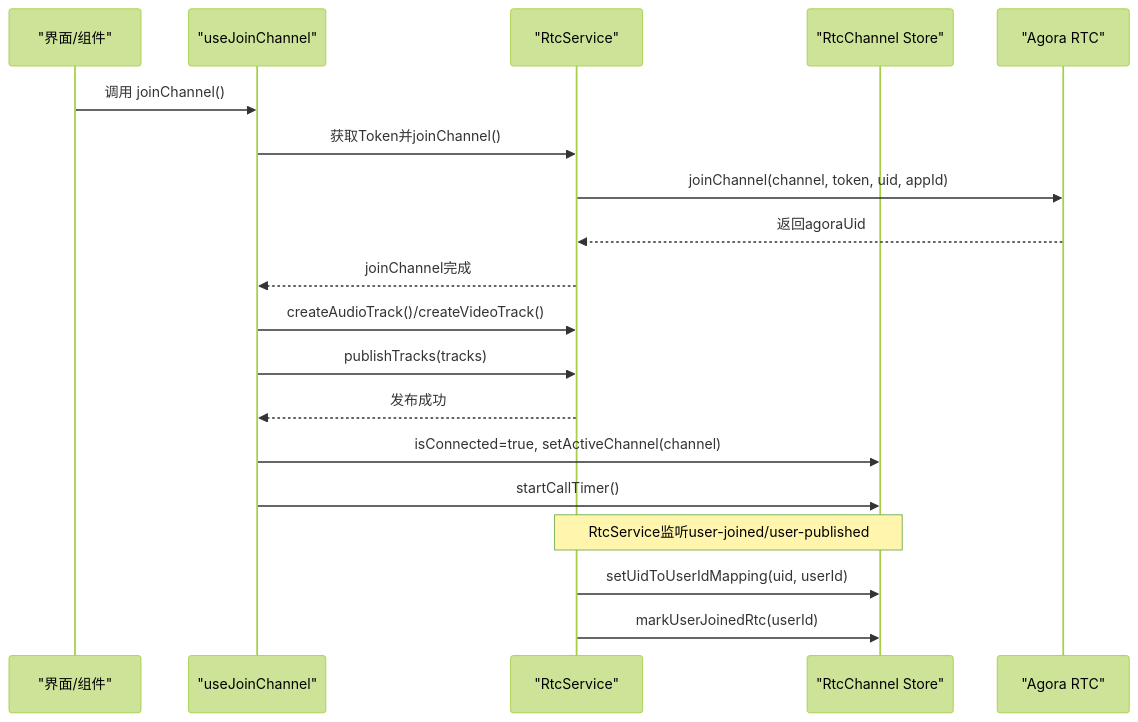
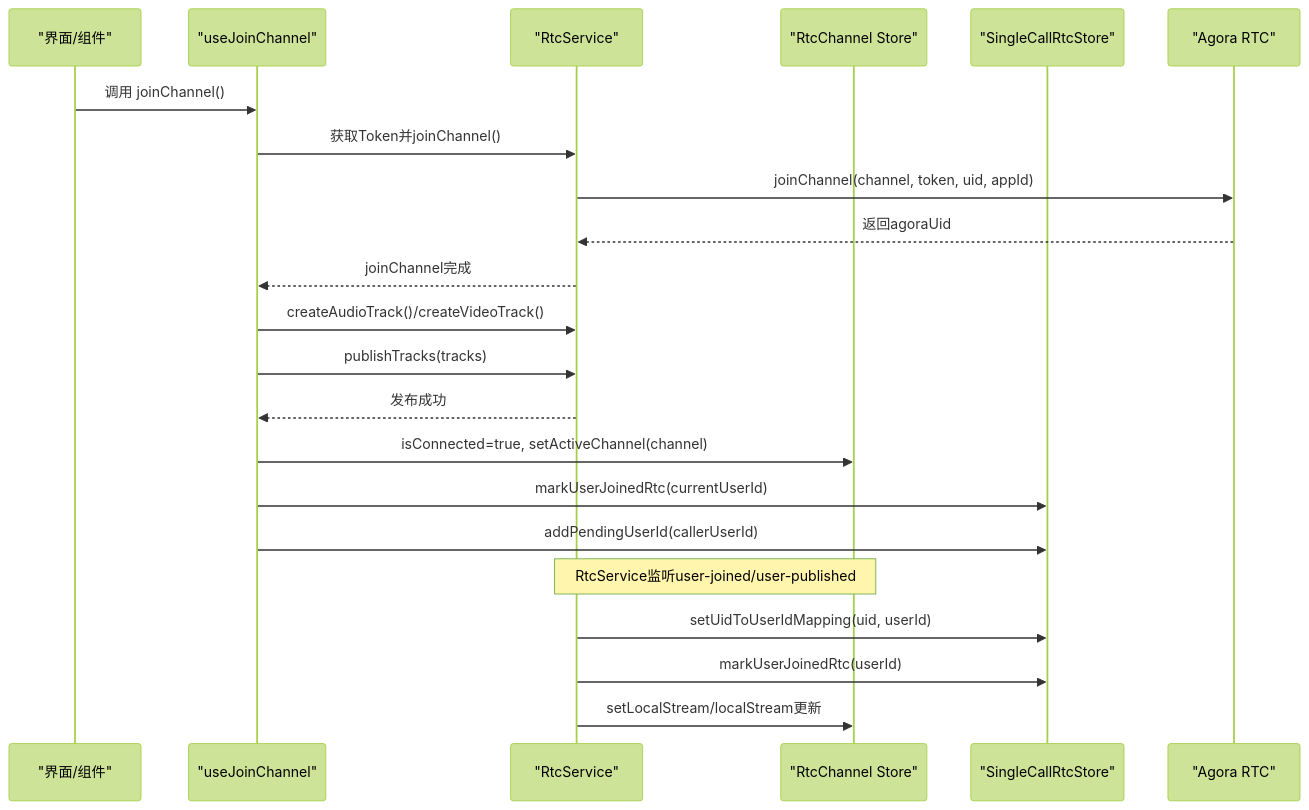
Before and after one commit to Easemob-Community/easemob-uikit-callkit-vue3: the second of 6 diagrams in .qoder/repowiki/zh/content/状态管理/RtcChannel Store.md, drawn with Mermaid (forest theme). The commit also changed other lines of this file and 54 other files, not shown here.

````diff
--- a/.qoder/repowiki/zh/content/状态管理/RtcChannel Store.md
+++ b/.qoder/repowiki/zh/content/状态管理/RtcChannel Store.md
@@ -87,21 +102,24 @@
 ```mermaid
 sequenceDiagram
 participant UI as "界面/组件"
 participant Join as "useJoinChannel"
 participant RtcSvc as "RtcService"
-participant Store as "RtcChannel Store"
+participant ChannelStore as "RtcChannel Store"
+participant SingleStore as "SingleCallRtcStore"
 participant Agora as "Agora RTC"
 UI->>Join : 调用 joinChannel()
 Join->>RtcSvc : 获取Token并joinChannel()
 RtcSvc->>Agora : joinChannel(channel, token, uid, appId)
 Agora-->>RtcSvc : 返回agoraUid
 RtcSvc-->>Join : joinChannel完成
 Join->>RtcSvc : createAudioTrack()/createVideoTrack()
 Join->>RtcSvc : publishTracks(tracks)
 RtcSvc-->>Join : 发布成功
-Join->>Store : isConnected=true, setActiveChannel(channel)
-Join->>Store : startCallTimer()
-note over RtcSvc,Store : RtcService监听user-joined/user-published
-RtcSvc->>Store : setUidToUserIdMapping(uid, userId)
-RtcSvc->>Store : markUserJoinedRtc(userId)
+Join->>ChannelStore : isConnected=true, setActiveChannel(channel)
+Join->>SingleStore : markUserJoinedRtc(currentUserId)
+Join->>SingleStore : addPendingUserId(callerUserId)
+note over RtcSvc,ChannelStore : RtcService监听user-joined/user-published
+RtcSvc->>SingleStore : setUidToUserIdMapping(uid, userId)
+RtcSvc->>SingleStore : markUserJoinedRtc(userId)
+RtcSvc->>ChannelStore : setLocalStream/localStream更新
 ```
````
